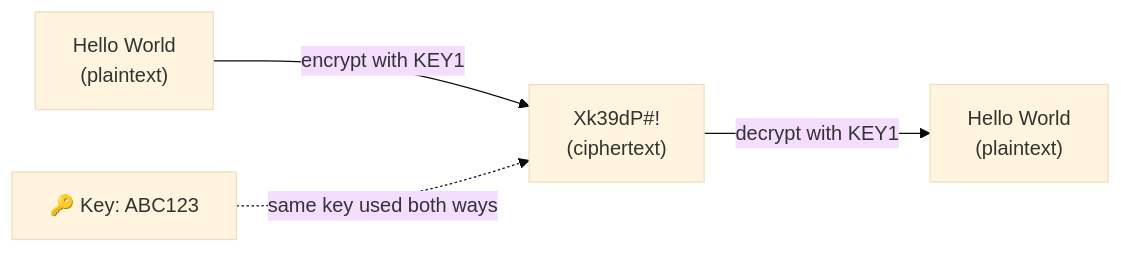
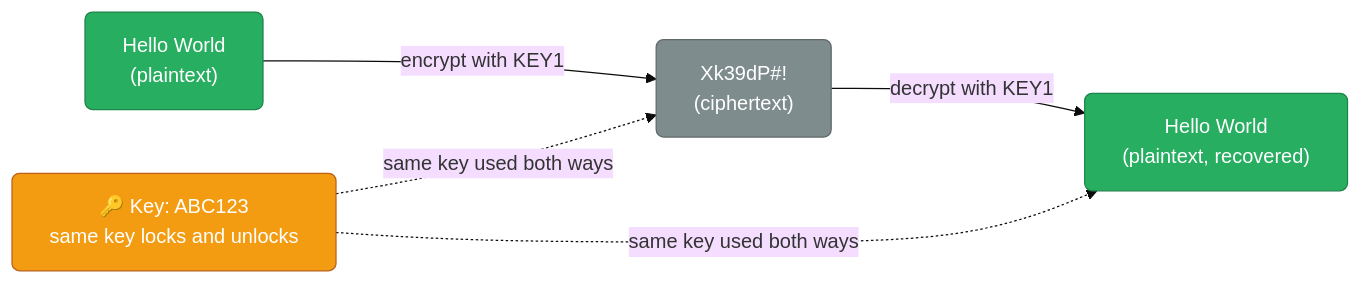
Before and after one commit to deepanshu-rawat6/DevOpsIndex: the first of 13 diagrams in networking/tls-encryption.md, drawn with Mermaid (base theme). The commit also changed other lines of this file and 8 other files, not shown here.

````diff
--- a/networking/tls-encryption.md
+++ b/networking/tls-encryption.md
@@ -11,11 +16,16 @@
 ```mermaid
 graph LR
-    PLAIN1["Hello World\n(plaintext)"]
-    KEY1["🔑 Key: ABC123"]
-    ENC1["Xk39dP#!\n(ciphertext)"]
-    DEC1["Hello World\n(plaintext)"]
+    classDef plain fill:#27ae60,stroke:#1e8449,color:#fff,rx:6
+    classDef key fill:#f39c12,stroke:#ba6018,color:#fff,rx:6
+    classDef cipher fill:#7f8c8d,stroke:#616a6b,color:#fff,rx:6
+
+    PLAIN1["Hello World<br/>(plaintext)"]:::plain
+    KEY1["🔑 Key: ABC123<br/>same key locks and unlocks"]:::key
+    ENC1["Xk39dP#!<br/>(ciphertext)"]:::cipher
+    DEC1["Hello World<br/>(plaintext, recovered)"]:::plain
 
     PLAIN1 -->|"encrypt with KEY1"| ENC1
     ENC1 -->|"decrypt with KEY1"| DEC1
     KEY1 -.->|"same key used both ways"| ENC1
+    KEY1 -.->|"same key used both ways"| DEC1
 ```
````
